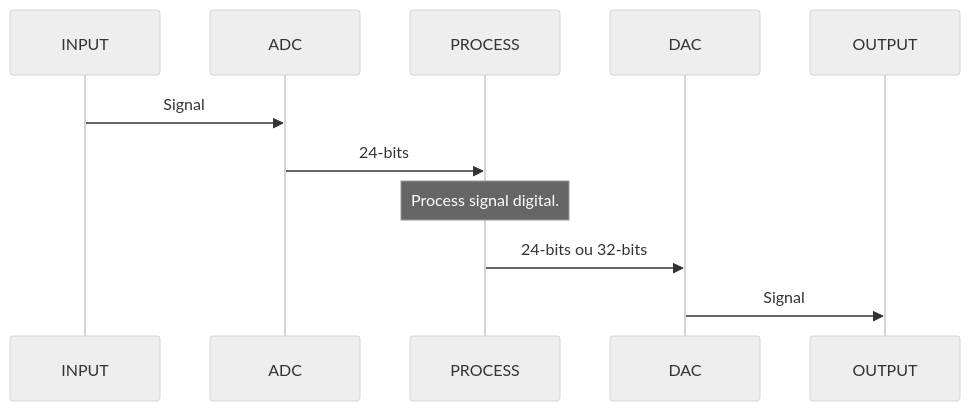
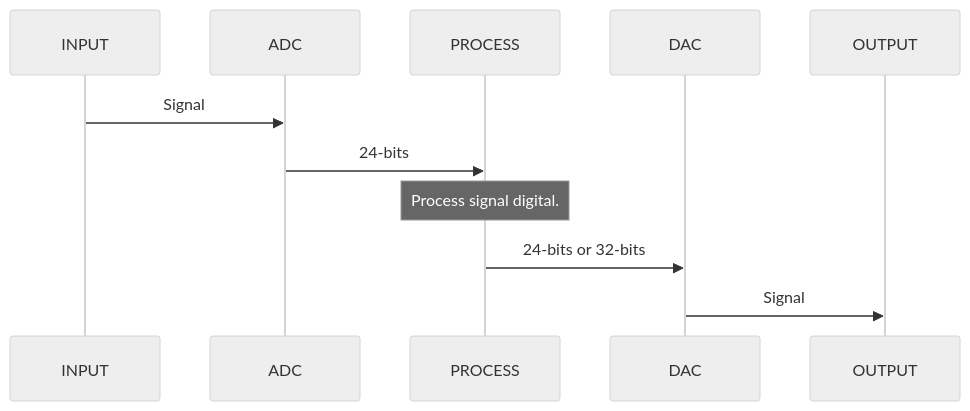
One commit to kaioluanro/moduleDAsimples changed the diagram in readme.md. Above: the diagram before and after it, drawn with Mermaid (neutral theme).

````diff
--- a/readme.md
+++ b/readme.md
@@ -24,9 +24,9 @@
 ```mermaid
 sequenceDiagram
 INPUT ->> ADC: Signal
 ADC->>PROCESS: 24-bits
 Note over PROCESS: Process signal digital.
-PROCESS->> DAC: 24-bits ou 32-bits
+PROCESS->> DAC: 24-bits or 32-bits
 DAC->> OUTPUT: Signal
 
 ```
````
